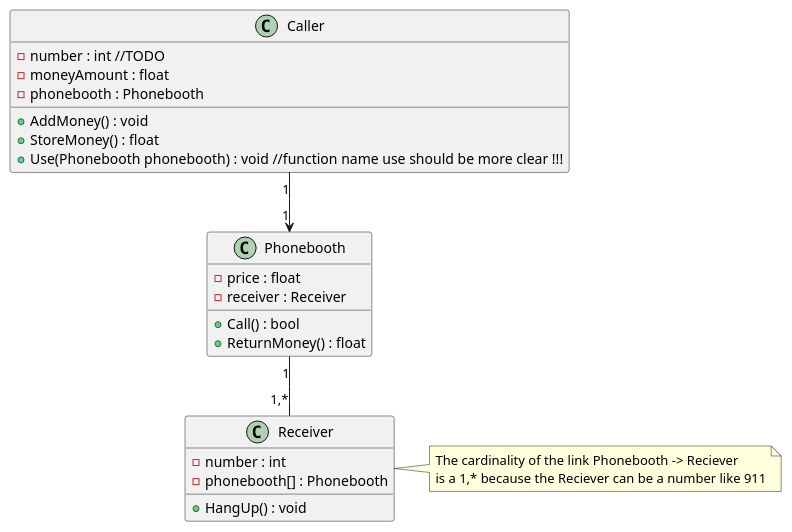
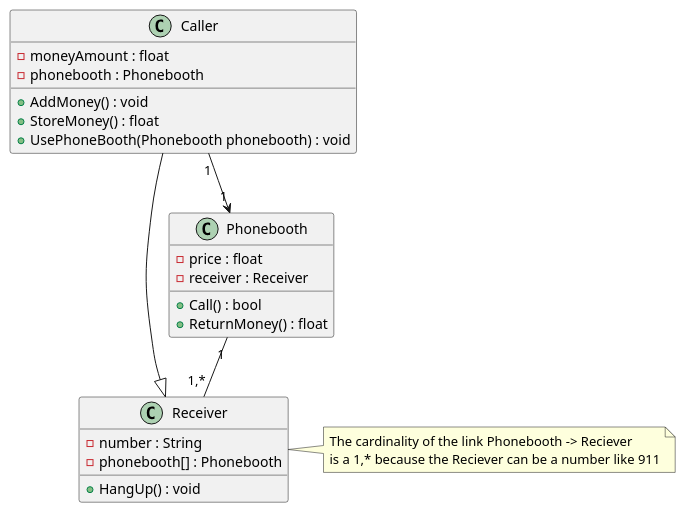
Before and after one commit to CPNV-ES/UML1-BJV: the diagram in documentation/ClassDiagram-publiphone.puml, drawn with PlantUML.

```diff
--- a/documentation/ClassDiagram-publiphone.puml
+++ b/documentation/ClassDiagram-publiphone.puml
@@ -1,33 +1,33 @@
 @startuml
 skinparam classAttributeIconSize 11
 class Caller {
-    - number : int //TODO 
     - moneyAmount : float
     - phonebooth : Phonebooth
     + AddMoney() : void
     + StoreMoney() : float
-    + Use(Phonebooth phonebooth) : void //function name use should be more clear !!!
+    + UsePhoneBooth(Phonebooth phonebooth) : void 
 
 }
 class Phonebooth {
     - price : float
     - receiver : Receiver
     + Call() : bool
     + ReturnMoney() : float
 }
 
 class Receiver {
-    - number : int
+    - number : String
     - phonebooth[] : Phonebooth
     + HangUp() : void
 }
 
+Caller --|> Receiver
 Caller "1" --> "1" Phonebooth
 Phonebooth "1" -- "1,*" Receiver
 
 note right of Receiver
   The cardinality of the link Phonebooth -> Reciever
   is a 1,* because the Reciever can be a number like 911
 end note
 
 @enduml
```
